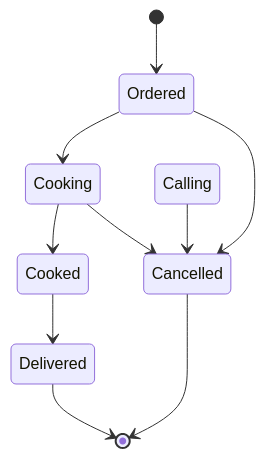
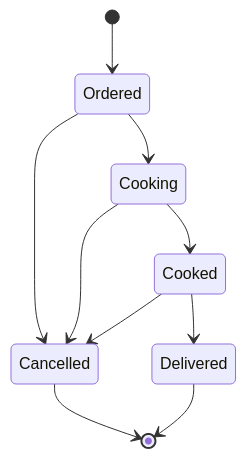
The diagram in docs/don-state.md (ARCircle/Kojirer), drawn with Mermaid before and after one commit.

Commit message:
修正の修正

````diff
--- a/docs/don-state.md
+++ b/docs/don-state.md
@@ -3,12 +3,12 @@
 ```mermaid
 stateDiagram-v2
     [*] --> Ordered
     Ordered --> Cooking
     Cooking --> Cooked
     Cooked --> Delivered
     Ordered --> Cancelled
     Cooking --> Cancelled
-    Calling --> Cancelled
+    Cooked --> Cancelled
     Cancelled --> [*]
     Delivered --> [*]
 ```
````
